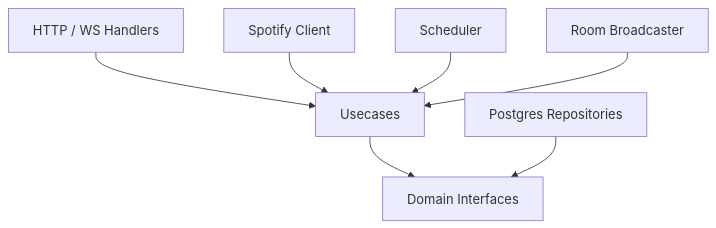
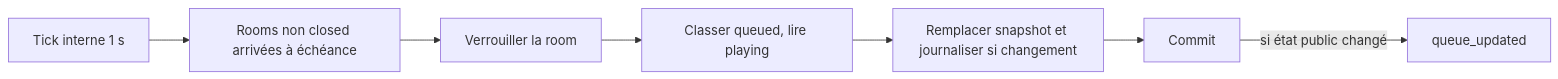
The second of 2 diagrams in docs/architecture.md (JustARandomBadDev/crowd-beats-api), drawn with Mermaid before and after one commit. The commit also changed other lines of this file and 7 other files, not shown here.

````diff
--- a/docs/architecture.md
+++ b/docs/architecture.md
@@ -1416,9 +50,9 @@
 ```mermaid
-flowchart TD
-    A[HTTP / WS Handlers] --> B[Usecases]
-    B --> C[Domain Interfaces]
-    D[Postgres Repositories] --> C
-    E[Spotify Client] --> B
-    F[Scheduler] --> B
-    G[Room Broadcaster] --> B
+flowchart LR
+    Tick[Tick interne 1 s] --> Due[Rooms non closed arrivées à échéance]
+    Due --> Lock[Verrouiller la room]
+    Lock --> Rank[Classer queued, lire playing]
+    Rank --> Write[Remplacer snapshot et journaliser si changement]
+    Write --> Commit[Commit]
+    Commit -->|si état public changé| WS[queue_updated]
 ```
````
